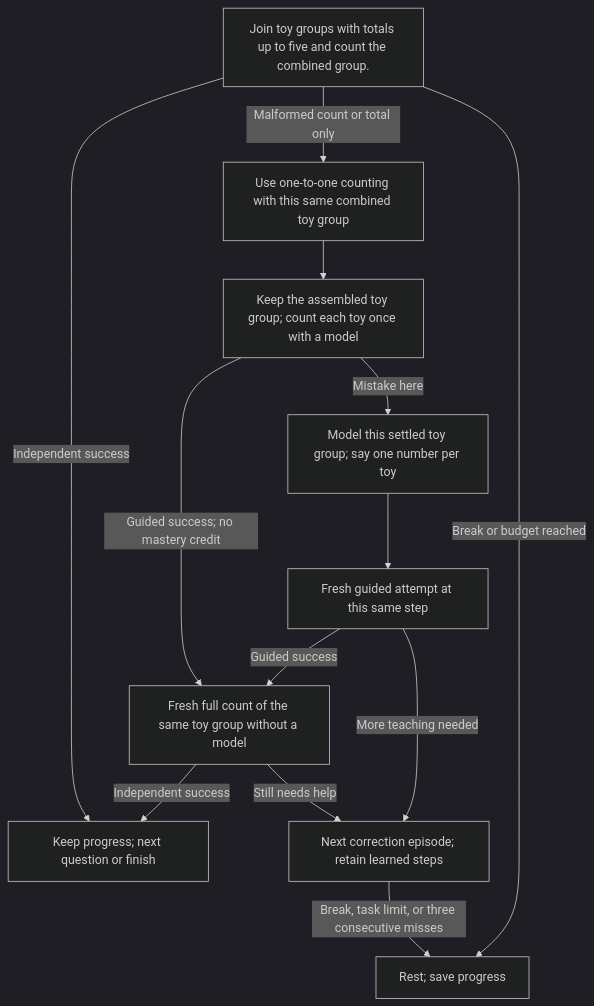
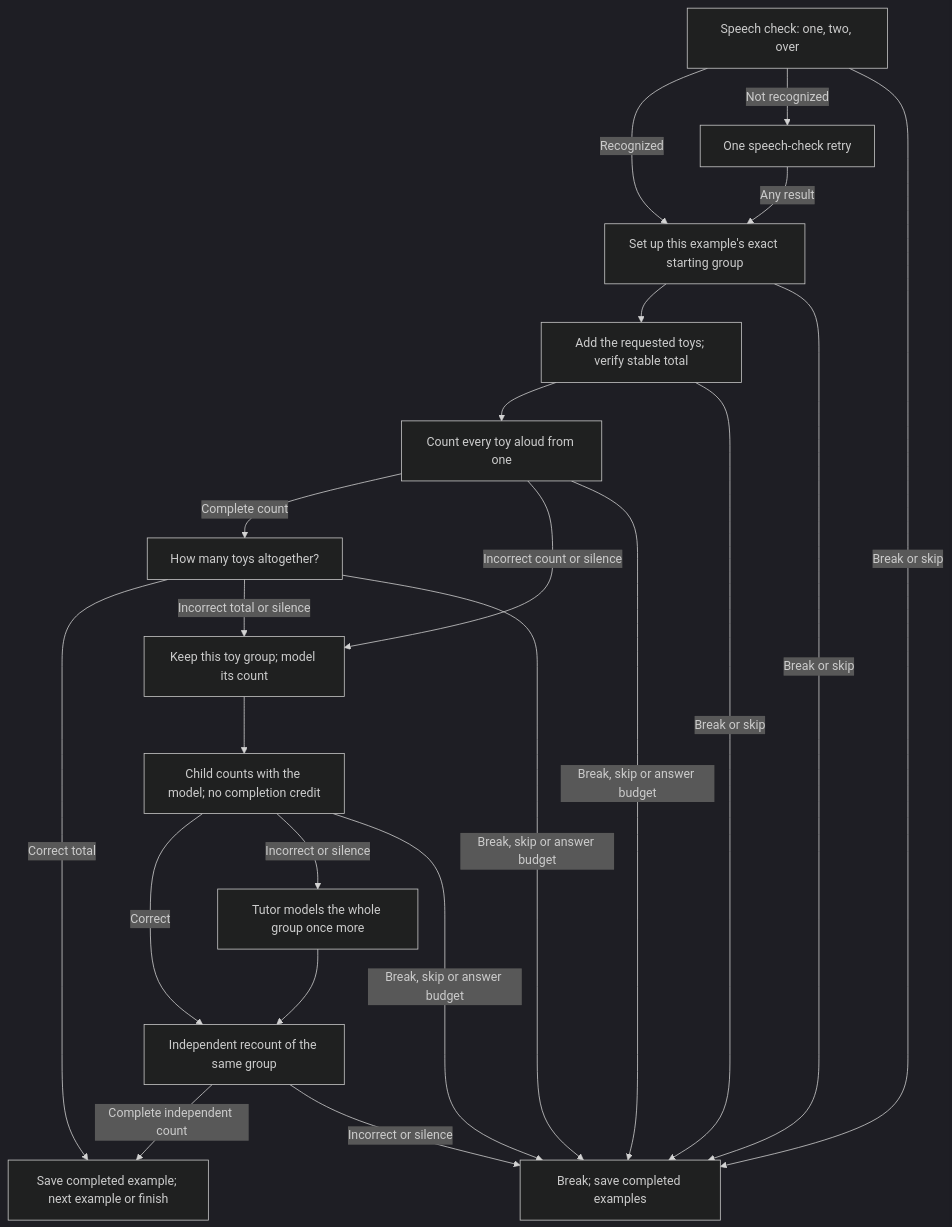
Before and after one commit to sealsbroken/unmath: the second of 2 diagrams in README.md, drawn with Mermaid (dark theme). The commit also changed other lines of this file and 13 other files, not shown here.

Commit message:
Refactor lesson two to eight-example counting and total graph

````diff
--- a/README.md
+++ b/README.md
@@ -99,15 +103,24 @@
 ```mermaid
 flowchart TD
-    Start["Join toy groups with totals up to five and count the combined group."] -->|"Independent success"| Done["Keep progress; next question or finish"]
-    Start -->|"Malformed count or total only"| E0["Use one-to-one counting with this same combined toy group"]
-    E0 --> S0
-    S0["Keep the assembled toy group; count each toy once with a model"] -->|"Guided success; no mastery credit"| Follow
-    S0 -->|"Mistake here"| H0["Model this settled toy group; say one number per toy"]
-    H0 --> R0["Fresh guided attempt at this same step"]
-    R0 -->|"Guided success"| Follow
-    R0 -->|"More teaching needed"| Continue["Next correction episode; retain learned steps"]
-    Follow["Fresh full count of the same toy group without a model"] -->|"Independent success"| Done
-    Follow -->|"Still needs help"| Continue
-    Start -->|"Break or budget reached"| Rest["Rest; save progress"]
-    Continue -->|"Break, task limit, or three consecutive misses"| Rest
+    Start["Speech check: one, two, over"] -->|"Recognized"| Setup["Set up this example's exact starting group"]
+    Start -->|"Not recognized"| LinkRetry["One speech-check retry"]
+    LinkRetry -->|"Any result"| Setup
+    Setup --> Add["Add the requested toys; verify stable total"]
+    Add --> Count["Count every toy aloud from one"]
+    Count -->|"Complete count"| Total["How many toys altogether?"]
+    Total -->|"Correct total"| Done["Save completed example; next example or finish"]
+    Count -->|"Incorrect count or silence"| E0["Keep this toy group; model its count"]
+    Total -->|"Incorrect total or silence"| E0
+    E0 --> Guided["Child counts with the model; no completion credit"]
+    Guided -->|"Correct"| Final["Independent recount of the same group"]
+    Guided -->|"Incorrect or silence"| Model["Tutor models the whole group once more"]
+    Model --> Final
+    Final -->|"Complete independent count"| Done
+    Final -->|"Incorrect or silence"| Rest["Break; save completed examples"]
+    Start -->|"Break or skip"| Rest
+    Setup -->|"Break or skip"| Rest
+    Add -->|"Break or skip"| Rest
+    Count -->|"Break, skip or answer budget"| Rest
+    Total -->|"Break, skip or answer budget"| Rest
+    Guided -->|"Break, skip or answer budget"| Rest
 ```
````
